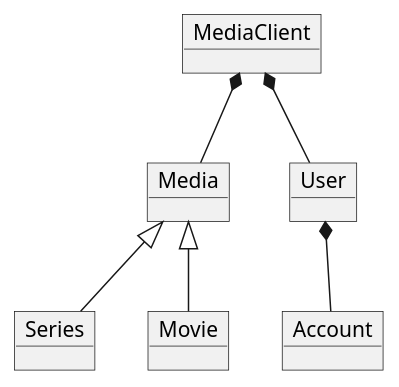
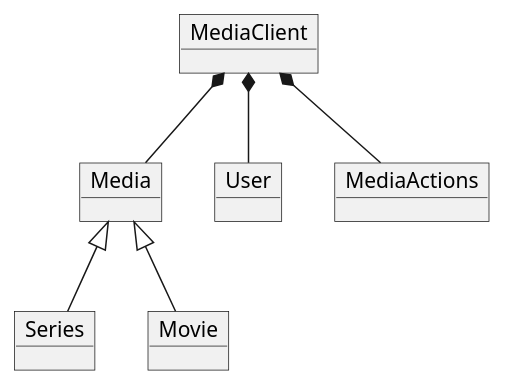
The diagram in docs/domainmodel.puml (b-rino/SP3), drawn with PlantUML before and after one commit. The commit also changed 4 other files, not shown here.

```diff
--- a/docs/domainmodel.puml
+++ b/docs/domainmodel.puml
@@ -1,21 +1,22 @@
 @startuml
 
 object MediaClient
 object Media
 object Series
 object Movie
-object Account
 object User
+object MediaActions
 
 
 
 MediaClient*-- User
 MediaClient *-- Media
+MediaClient *-- MediaActions
 Media <|-- Movie
 Media <|-- Series
-User *-- Account
+
 
 
 
 
 @enduml
```
